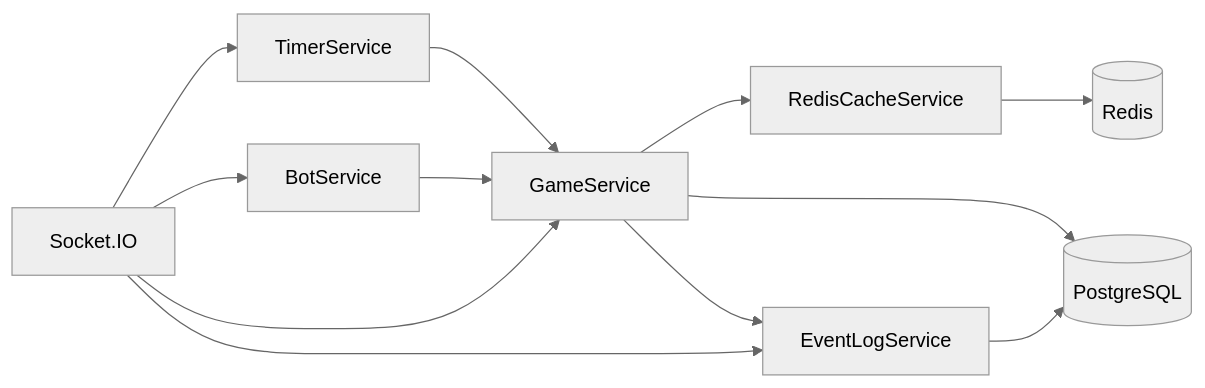
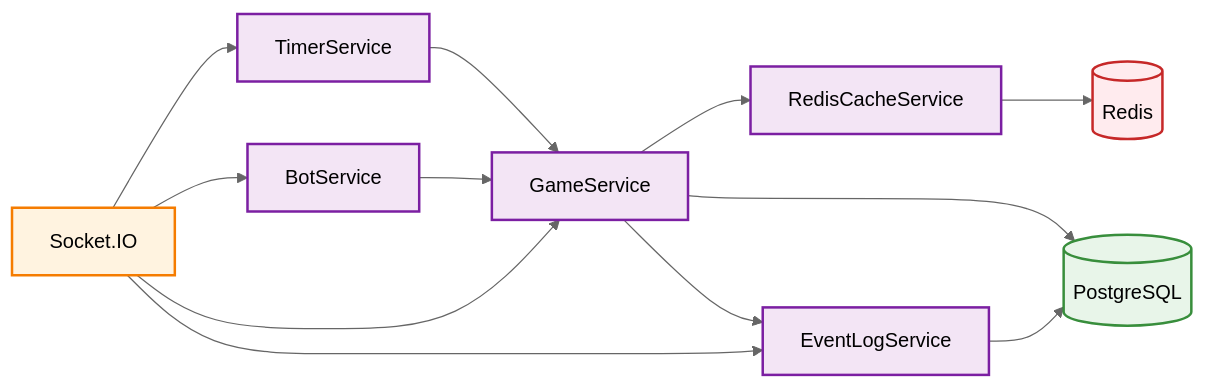
Before and after one commit to hamza-berahma/set-game: the second of 4 diagrams in docs/backend/README.md, drawn with Mermaid (neutral theme). The commit also changed other lines of this file and 7 other files, not shown here.

````diff
--- a/docs/backend/README.md
+++ b/docs/backend/README.md
@@ -90,16 +100,26 @@
 ```mermaid
 graph LR
     Socket[Socket.IO] --> GameService[GameService]
     Socket --> EventService[EventLogService]
     Socket --> BotService[BotService]
     Socket --> TimerService[TimerService]
     
     GameService --> CacheService[RedisCacheService]
     GameService --> EventService
     BotService --> GameService
     TimerService --> GameService
     
     CacheService --> Redis[(Redis)]
     EventService --> Postgres[(PostgreSQL)]
     GameService --> Postgres
+    
+    classDef backend fill:#FFF3E0,stroke:#F57C00,stroke-width:2px,color:#000
+    classDef service fill:#F3E5F5,stroke:#7B1FA2,stroke-width:2px,color:#000
+    classDef database fill:#E8F5E9,stroke:#388E3C,stroke-width:2px,color:#000
+    classDef redis fill:#FFEBEE,stroke:#C62828,stroke-width:2px,color:#000
+    
+    class Socket backend
+    class GameService,EventService,BotService,TimerService,CacheService service
+    class Postgres database
+    class Redis redis
 ```
````
